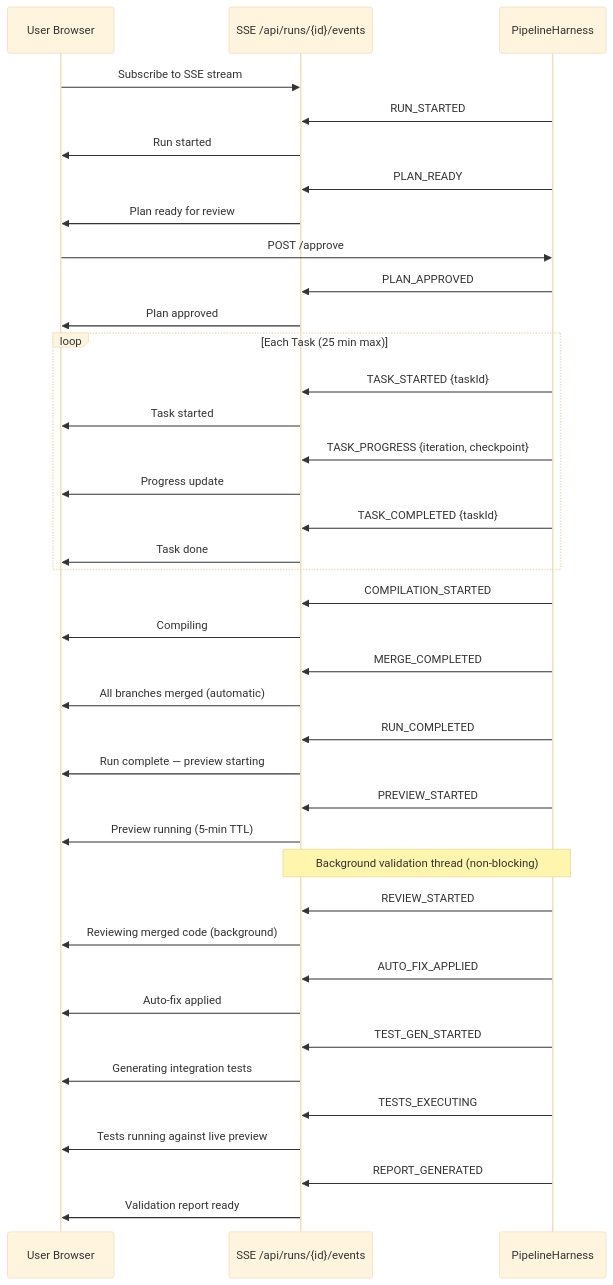
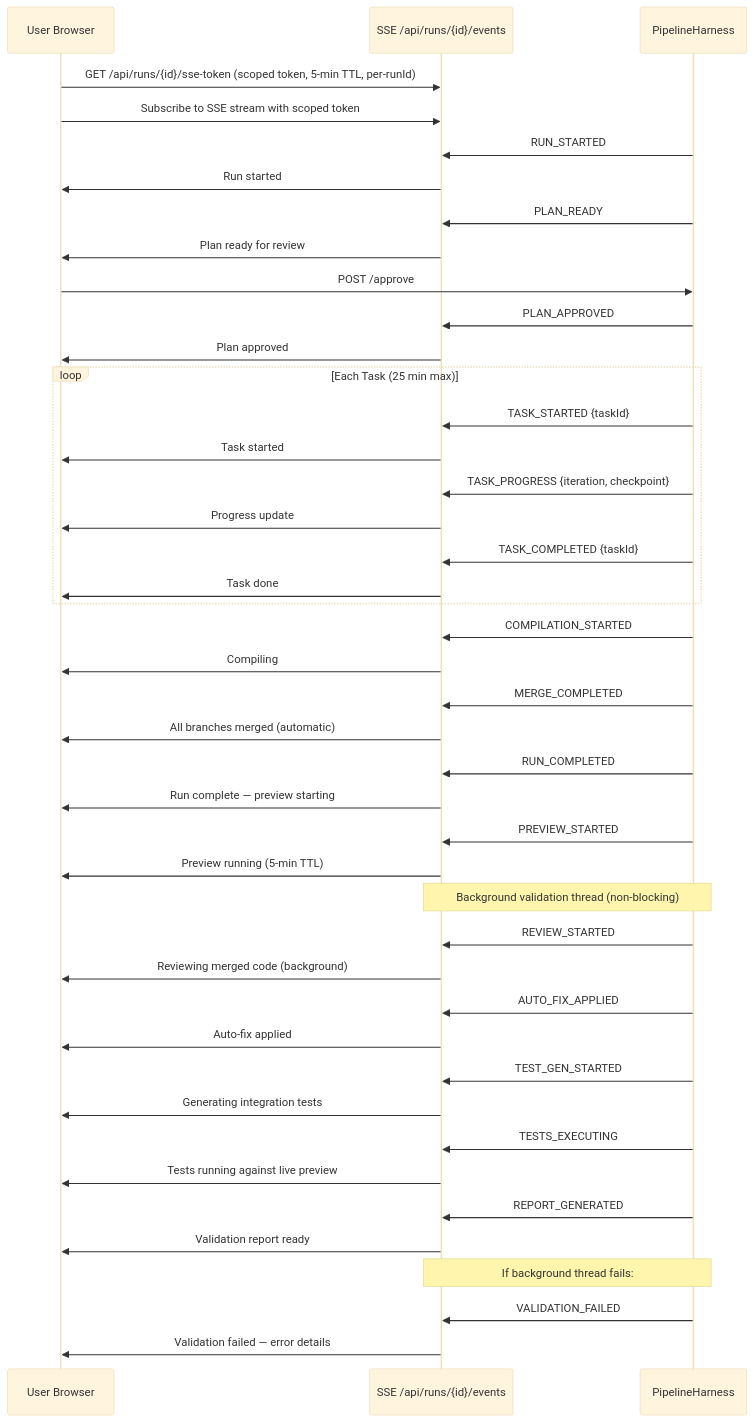
Before and after one commit to navneetprabhakar/executespec: the second of 36 diagrams in docs/WORKFLOWS.md, drawn with Mermaid (base theme). The commit also changed other lines of this file and 9 other files, not shown here.

````diff
--- a/docs/WORKFLOWS.md
+++ b/docs/WORKFLOWS.md
@@ -95,42 +97,46 @@
 ```mermaid
 sequenceDiagram
     participant U as User Browser
     participant S as SSE /api/runs/{id}/events
     participant P as PipelineHarness
 
-    U->>S: Subscribe to SSE stream
+    U->>S: GET /api/runs/{id}/sse-token (scoped token, 5-min TTL, per-runId)
+    U->>S: Subscribe to SSE stream with scoped token
     P->>S: RUN_STARTED
     S->>U: Run started
     P->>S: PLAN_READY
     S->>U: Plan ready for review
     U->>P: POST /approve
     P->>S: PLAN_APPROVED
     S->>U: Plan approved
     loop Each Task (25 min max)
         P->>S: TASK_STARTED {taskId}
         S->>U: Task started
         P->>S: TASK_PROGRESS {iteration, checkpoint}
         S->>U: Progress update
         P->>S: TASK_COMPLETED {taskId}
         S->>U: Task done
     end
     P->>S: COMPILATION_STARTED
     S->>U: Compiling
     P->>S: MERGE_COMPLETED
     S->>U: All branches merged (automatic)
     P->>S: RUN_COMPLETED
     S->>U: Run complete — preview starting
     P->>S: PREVIEW_STARTED
     S->>U: Preview running (5-min TTL)
     Note over P,S: Background validation thread (non-blocking)
     P->>S: REVIEW_STARTED
     S->>U: Reviewing merged code (background)
     P->>S: AUTO_FIX_APPLIED
     S->>U: Auto-fix applied
     P->>S: TEST_GEN_STARTED
     S->>U: Generating integration tests
     P->>S: TESTS_EXECUTING
     S->>U: Tests running against live preview
     P->>S: REPORT_GENERATED
     S->>U: Validation report ready
+    Note over P,S: If background thread fails:
+    P->>S: VALIDATION_FAILED
+    S->>U: Validation failed — error details
 ```
````
